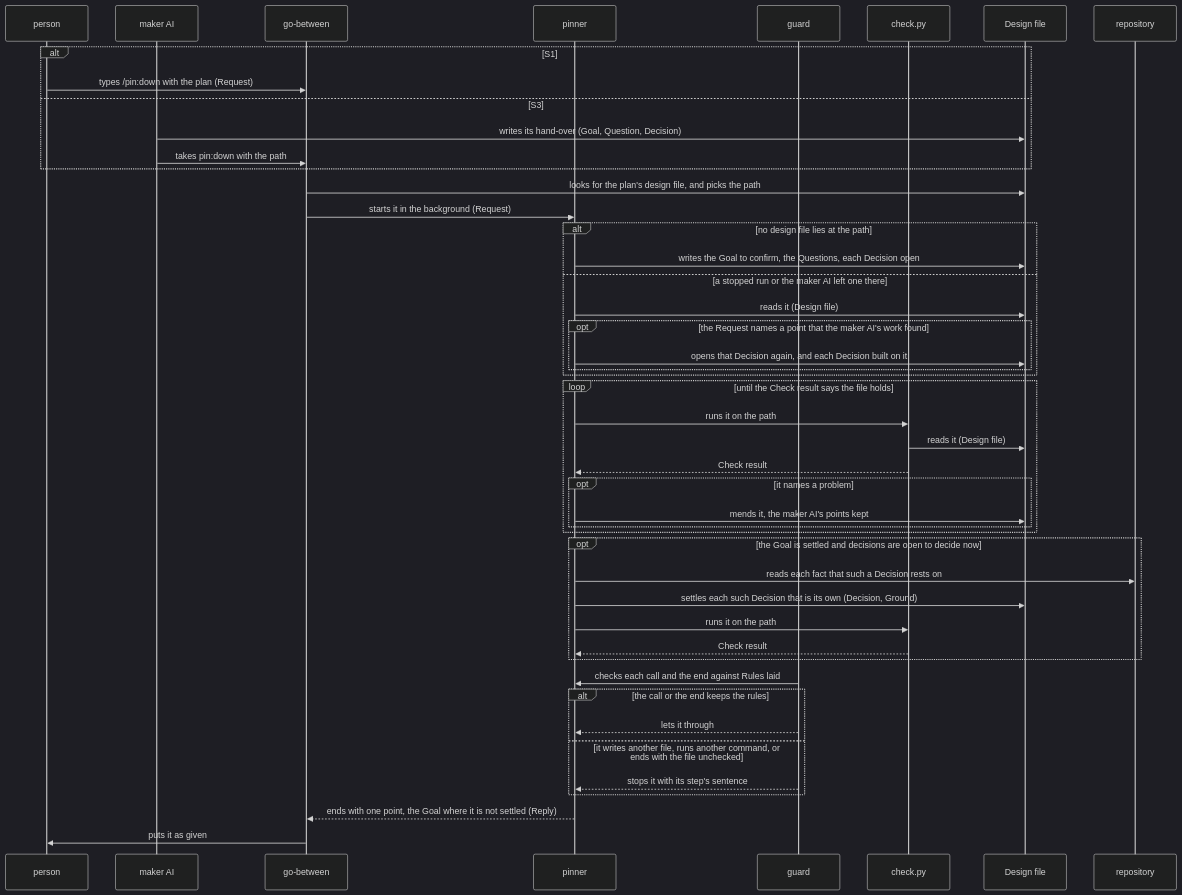
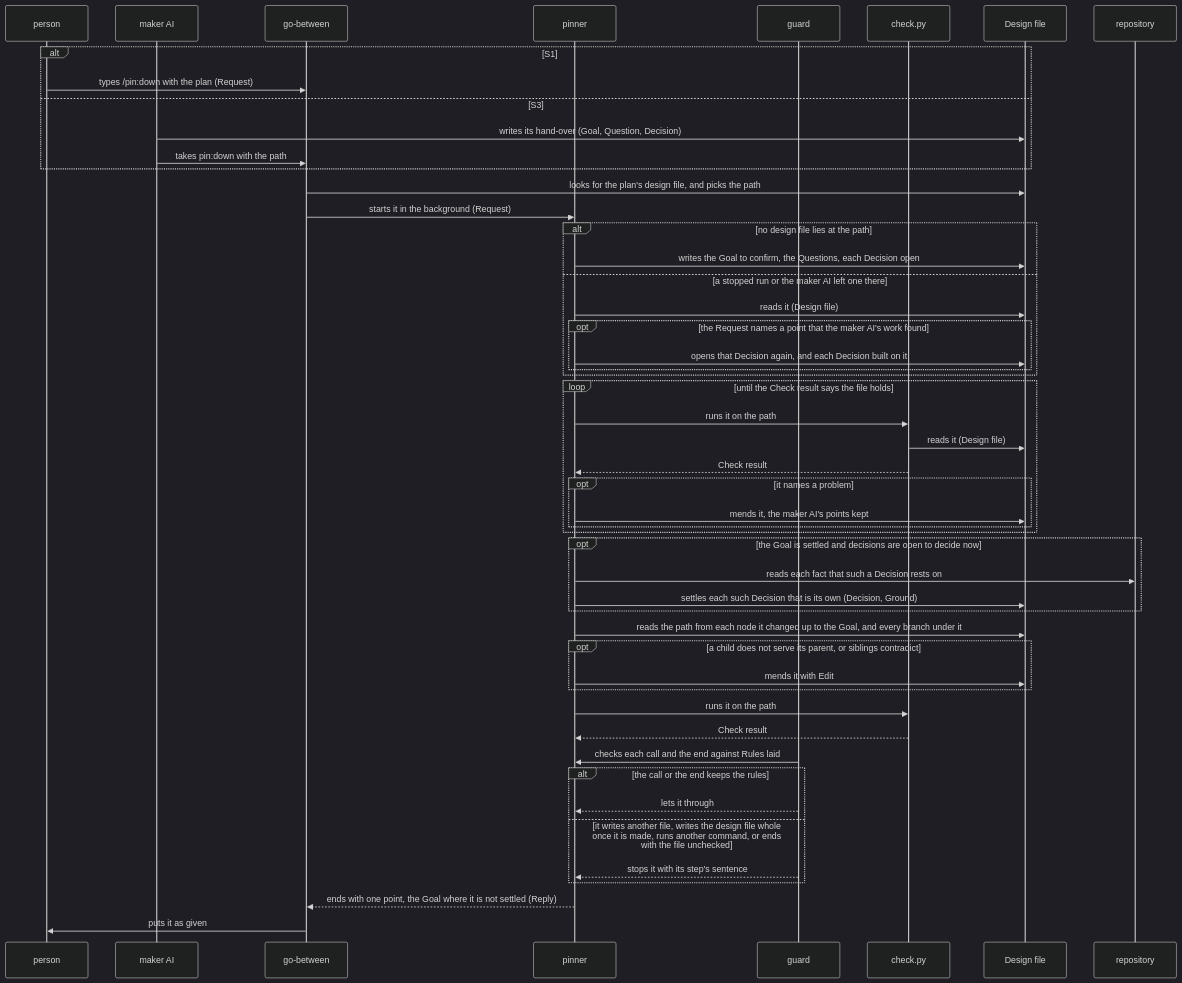
One commit to lovaizu/ccpm changed the first of 2 diagrams in dev/pin/architecture.md. Above: the diagram before and after it, drawn with Mermaid (dark theme). The commit also changed other lines of this file and 38 other files, not shown here.

````diff
--- a/dev/pin/architecture.md
+++ b/dev/pin/architecture.md
@@ -202,49 +222,53 @@
 ```mermaid
 sequenceDiagram
   participant P as person
   participant M as maker AI
   participant GB as go-between
   participant PN as pinner
   participant GD as guard
   participant CK as check.py
   participant DF as Design file
   participant RP as repository
   alt S1
     P->>GB: types /pin:down with the plan (Request)
   else S3
     M->>DF: writes its hand-over (Goal, Question, Decision)
     M->>GB: takes pin:down with the path
   end
   GB->>DF: looks for the plan's design file, and picks the path
   GB->>PN: starts it in the background (Request)
   alt no design file lies at the path
     PN->>DF: writes the Goal to confirm, the Questions, each Decision open
   else a stopped run or the maker AI left one there
     PN->>DF: reads it (Design file)
     opt the Request names a point that the maker AI's work found
       PN->>DF: opens that Decision again, and each Decision built on it
     end
   end
   loop until the Check result says the file holds
     PN->>CK: runs it on the path
     CK->>DF: reads it (Design file)
     CK-->>PN: Check result
     opt it names a problem
       PN->>DF: mends it, the maker AI's points kept
     end
   end
   opt the Goal is settled and decisions are open to decide now
     PN->>RP: reads each fact that such a Decision rests on
     PN->>DF: settles each such Decision that is its own (Decision, Ground)
-    PN->>CK: runs it on the path
-    CK-->>PN: Check result
   end
+  PN->>DF: reads the path from each node it changed up to the Goal, and every branch under it
+  opt a child does not serve its parent, or siblings contradict
+    PN->>DF: mends it with Edit
+  end
+  PN->>CK: runs it on the path
+  CK-->>PN: Check result
   GD->>PN: checks each call and the end against Rules laid
   alt the call or the end keeps the rules
     GD-->>PN: lets it through
-  else it writes another file, runs another command, or ends with the file unchecked
+  else it writes another file, writes the design file whole once it is made, runs another command, or ends with the file unchecked
     GD-->>PN: stops it with its step's sentence
   end
   PN-->>GB: ends with one point, the Goal where it is not settled (Reply)
   GB->>P: puts it as given
 ```
````
